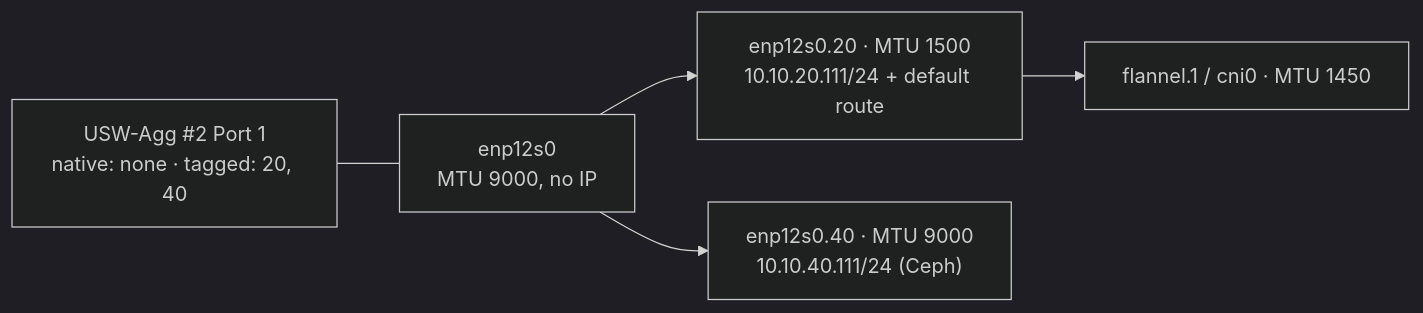
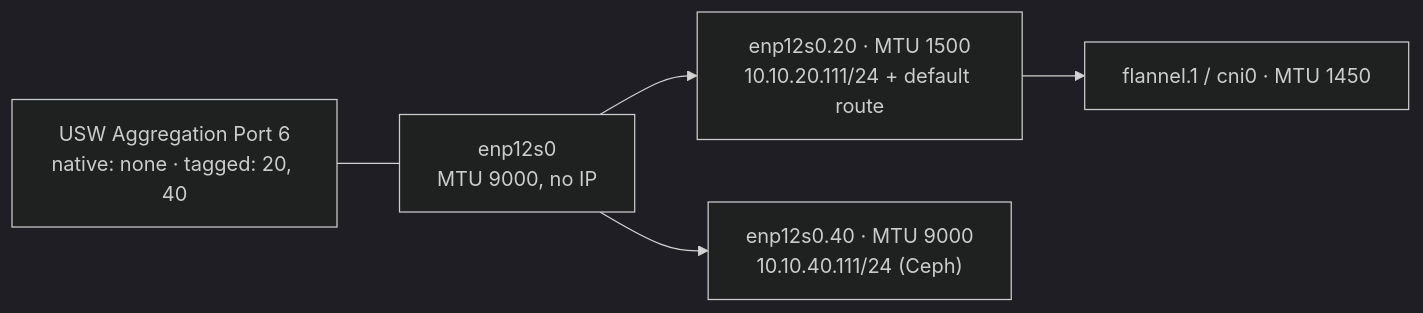
The third of 3 diagrams in docs/201-unifi-network-topology.md (bar2sek/personal-technology), drawn with Mermaid (dark theme) before and after one commit. The commit also changed other lines of this file and 1 other file, not shown here.

````diff
--- a/docs/201-unifi-network-topology.md
+++ b/docs/201-unifi-network-topology.md
@@ -180,7 +180,7 @@
 ```mermaid
 graph LR
-    SW["USW-Agg #2 Port 1<br/>native: none · tagged: 20, 40"] --- P["enp12s0<br/>MTU 9000, no IP"]
+    SW["USW Aggregation Port 6<br/>native: none · tagged: 20, 40"] --- P["enp12s0<br/>MTU 9000, no IP"]
     P --> V20["enp12s0.20 · MTU 1500<br/>10.10.20.111/24 + default route"]
     P --> V40["enp12s0.40 · MTU 9000<br/>10.10.40.111/24 (Ceph)"]
     V20 --> F["flannel.1 / cni0 · MTU 1450"]
 ```
````
